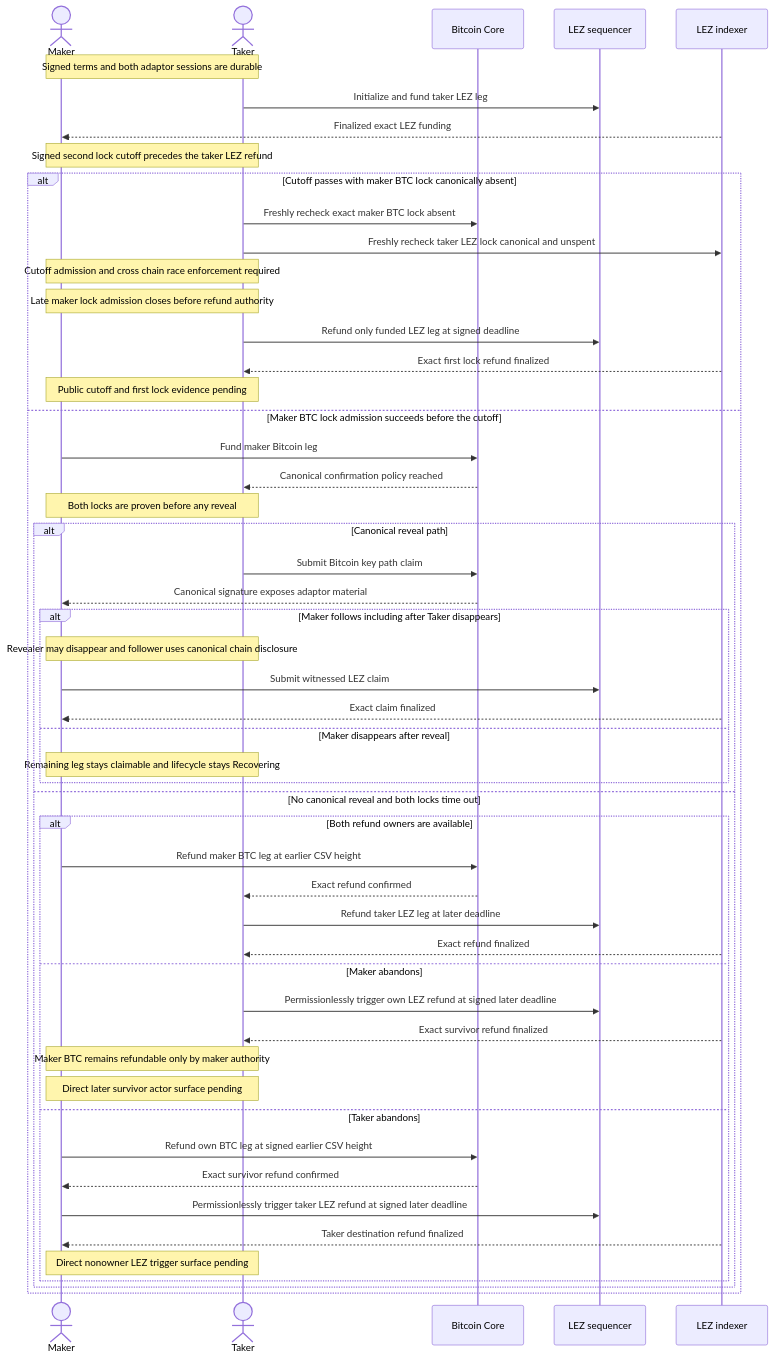
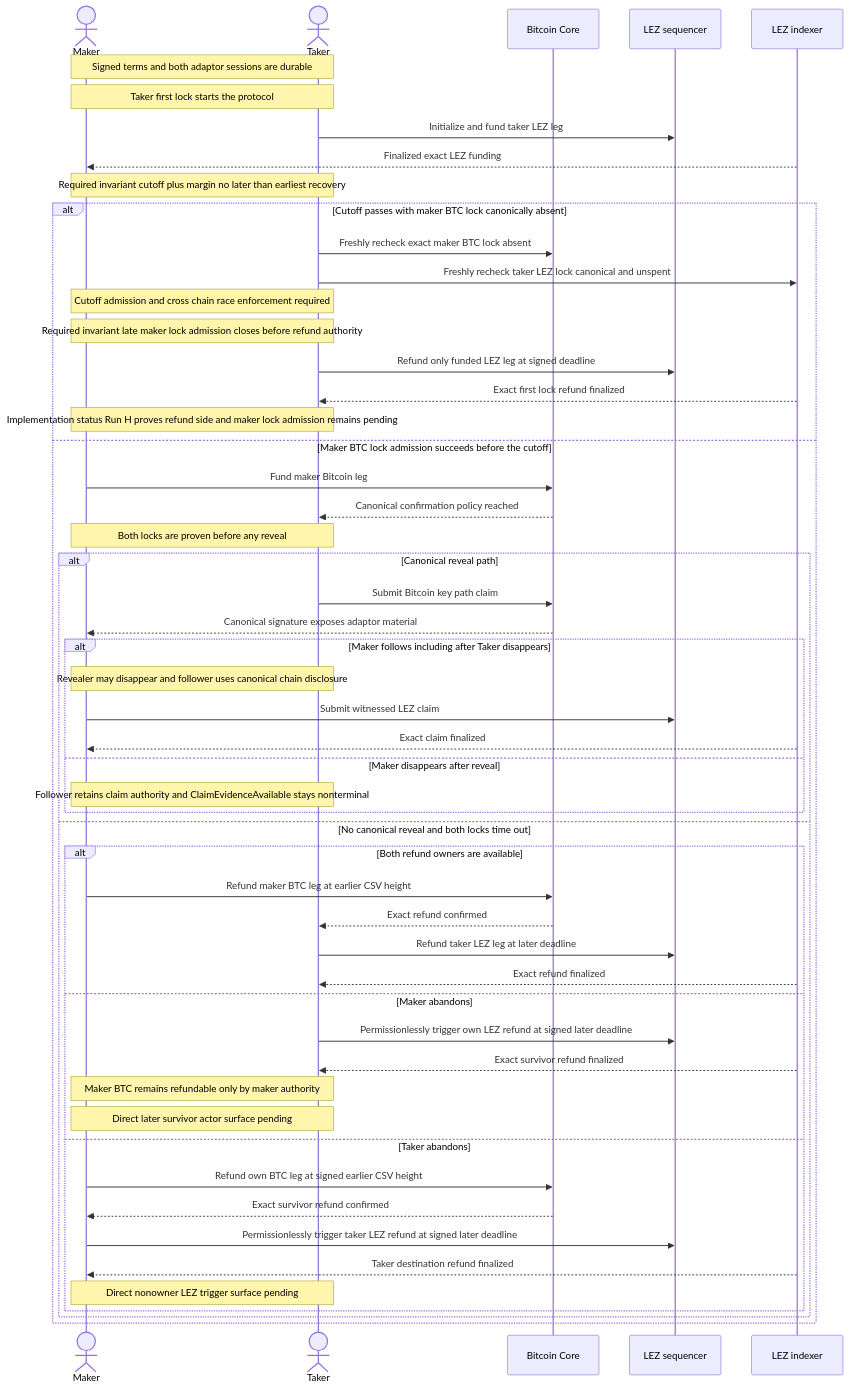
Before and after one commit to gateway-fm/lez-atomic-swaps: diagram 13 of 21 in docs/architecture/system-architecture.md, drawn with Mermaid. The commit also changed other lines of this file and 7 other files, not shown here.

Commit message:
docs: certify M3 first-lock refunds

````diff
--- a/docs/architecture/system-architecture.md
+++ b/docs/architecture/system-architecture.md
@@ -1304,55 +1311,56 @@
 ```mermaid
 sequenceDiagram
     actor Maker
     actor Taker
     participant Bitcoin as Bitcoin Core
     participant LezSeq as LEZ sequencer
     participant LezIdx as LEZ indexer
 
     Note over Maker,Taker: Signed terms and both adaptor sessions are durable
+    Note over Maker,Taker: Taker first lock starts the protocol
     Taker->>LezSeq: Initialize and fund taker LEZ leg
     LezIdx-->>Maker: Finalized exact LEZ funding
-    Note over Maker,Taker: Signed second lock cutoff precedes the taker LEZ refund
+    Note over Maker,Taker: Required invariant cutoff plus margin no later than earliest recovery
     alt Cutoff passes with maker BTC lock canonically absent
         Taker->>Bitcoin: Freshly recheck exact maker BTC lock absent
         Taker->>LezIdx: Freshly recheck taker LEZ lock canonical and unspent
         Note over Maker,Taker: Cutoff admission and cross chain race enforcement required
-        Note over Maker,Taker: Late maker lock admission closes before refund authority
+        Note over Maker,Taker: Required invariant late maker lock admission closes before refund authority
         Taker->>LezSeq: Refund only funded LEZ leg at signed deadline
         LezIdx-->>Taker: Exact first lock refund finalized
-        Note over Maker,Taker: Public cutoff and first lock evidence pending
+        Note over Maker,Taker: Implementation status Run H proves refund side and maker lock admission remains pending
     else Maker BTC lock admission succeeds before the cutoff
         Maker->>Bitcoin: Fund maker Bitcoin leg
         Bitcoin-->>Taker: Canonical confirmation policy reached
         Note over Maker,Taker: Both locks are proven before any reveal
         alt Canonical reveal path
             Taker->>Bitcoin: Submit Bitcoin key path claim
             Bitcoin-->>Maker: Canonical signature exposes adaptor material
             alt Maker follows including after Taker disappears
                 Note over Maker,Taker: Revealer may disappear and follower uses canonical chain disclosure
                 Maker->>LezSeq: Submit witnessed LEZ claim
                 LezIdx-->>Maker: Exact claim finalized
             else Maker disappears after reveal
-                Note over Maker,Taker: Remaining leg stays claimable and lifecycle stays Recovering
+                Note over Maker,Taker: Follower retains claim authority and ClaimEvidenceAvailable stays nonterminal
             end
         else No canonical reveal and both locks time out
             alt Both refund owners are available
                 Maker->>Bitcoin: Refund maker BTC leg at earlier CSV height
                 Bitcoin-->>Taker: Exact refund confirmed
                 Taker->>LezSeq: Refund taker LEZ leg at later deadline
                 LezIdx-->>Taker: Exact refund finalized
             else Maker abandons
                 Taker->>LezSeq: Permissionlessly trigger own LEZ refund at signed later deadline
                 LezIdx-->>Taker: Exact survivor refund finalized
                 Note over Maker,Taker: Maker BTC remains refundable only by maker authority
                 Note over Maker,Taker: Direct later survivor actor surface pending
             else Taker abandons
                 Maker->>Bitcoin: Refund own BTC leg at signed earlier CSV height
                 Bitcoin-->>Maker: Exact survivor refund confirmed
                 Maker->>LezSeq: Permissionlessly trigger taker LEZ refund at signed later deadline
                 LezIdx-->>Maker: Taker destination refund finalized
                 Note over Maker,Taker: Direct nonowner LEZ trigger surface pending
             end
         end
     end
 ```
````
